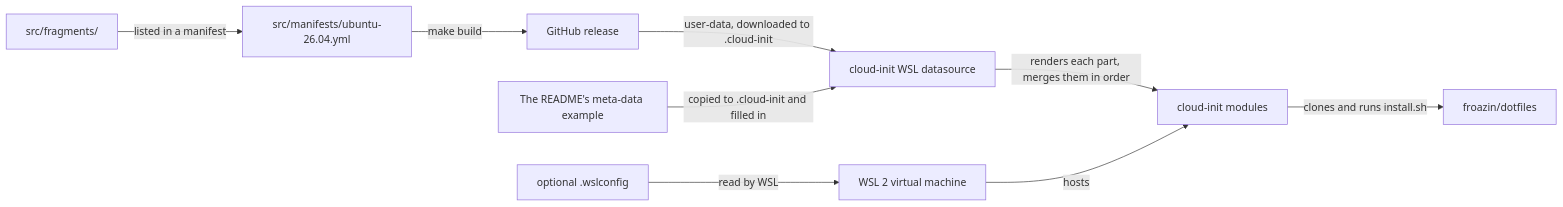
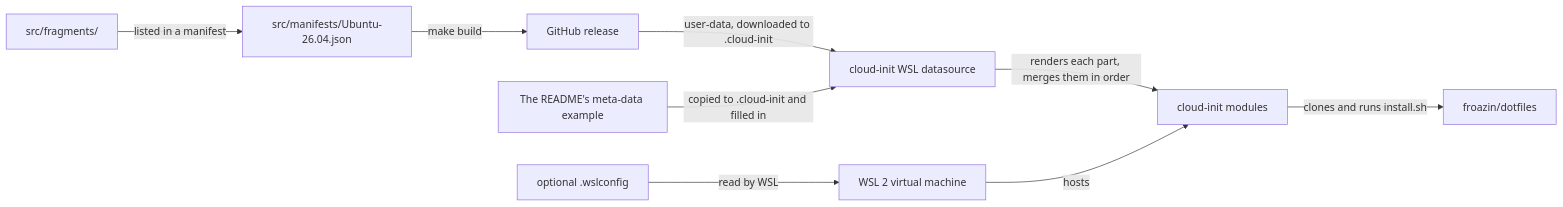
Before and after one commit to froazin/wsl: the diagram in README.md, drawn with Mermaid. The commit also changed other lines of this file and 31 other files, not shown here.

````diff
--- a/README.md
+++ b/README.md
@@ -194,13 +194,13 @@
 ```mermaid
 flowchart LR
     accTitle: How the files reach the instance
     accDescr: make build joins the fragments each distro's manifest lists into one MIME user-data for the distro, and the release workflow publishes it. You download it into your Windows profile, and write the meta-data beside it from the README's example. cloud-init's WSL datasource reads them, renders each part's Jinja with the meta-data, merges the parts in the manifest's order and runs the cloud-config, which installs the dotfiles for the user and for root. WSL reads the optional .wslconfig.
-    parts["src/fragments/"] -->|"listed in a manifest"| manifest["src/manifests/ubuntu-26.04.yml"]
+    parts["src/fragments/"] -->|"listed in a manifest"| manifest["src/manifests/Ubuntu-26.04.json"]
     manifest -->|"make build"| release["GitHub release"]
     release -->|"user-data, downloaded to .cloud-init"| ds["cloud-init WSL datasource"]
     example["The README's meta-data example"] -->|"copied to .cloud-init and filled in"| ds
     ds -->|"renders each part, merges them in order"| modules["cloud-init modules"]
     wslconfig["optional .wslconfig"] -->|"read by WSL"| vm["WSL 2 virtual machine"]
     vm -->|hosts| modules
     modules -->|"clones and runs install.sh"| dotfiles["froazin/dotfiles"]
 ```
````
